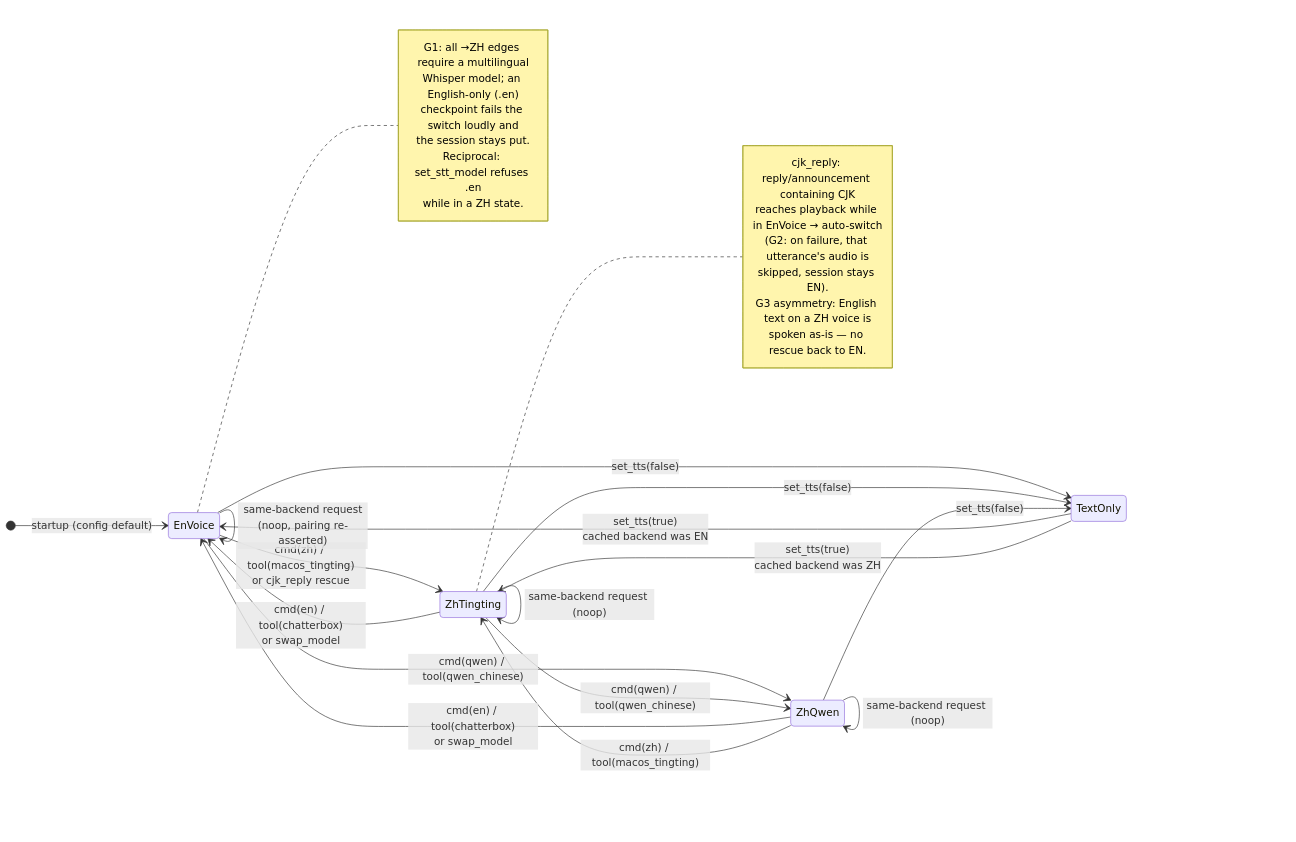
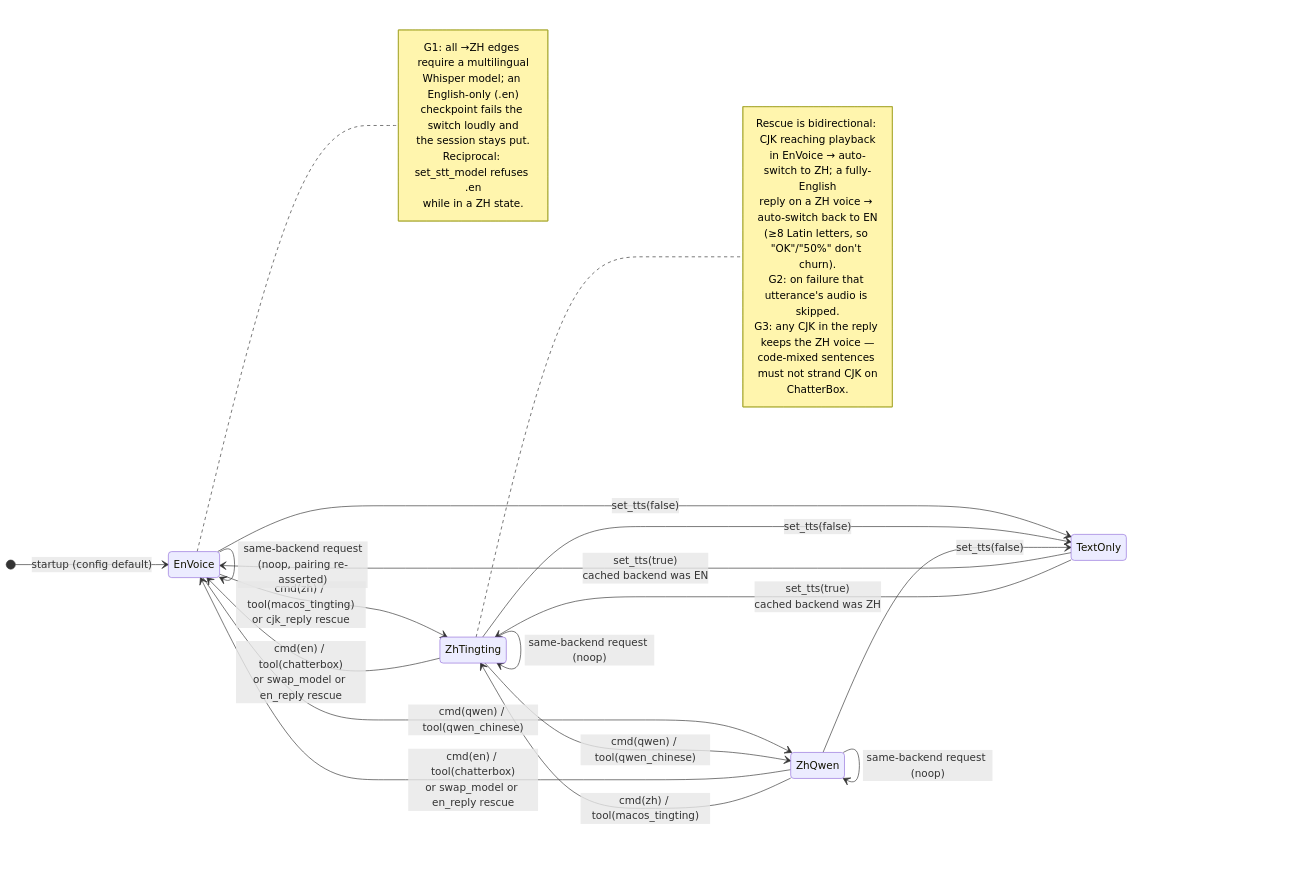
Before and after one commit to anthonywu/localtalk: the diagram in plan/language_switch_state_machine.md, drawn with Mermaid. The commit also changed other lines of this file and 4 other files, not shown here.

First line of the commit message:
fix(tts): rescue English replies spoken by the Chinese voice

````diff
--- a/plan/language_switch_state_machine.md
+++ b/plan/language_switch_state_machine.md
@@ -79,45 +86,47 @@
 ```mermaid
 stateDiagram-v2
     direction LR
     [*] --> EnVoice : startup (config default)
 
     state EnVoice : EN session<br/>voice = ChatterBox (English-only)<br/>whisper = en · reply = English
     state ZhTingting : ZH session (Tingting)<br/>voice = apple_speech<br/>whisper = zh · reply = 中文
     state ZhQwen : ZH session (Qwen)<br/>voice = qwen_chinese<br/>whisper = zh · reply = 中文
     state TextOnly : Text-only<br/>backend = none (voices cached)<br/>pairing retained
 
     EnVoice --> ZhTingting : cmd(zh) / tool(macos_tingting)<br/>or cjk_reply rescue
     EnVoice --> ZhQwen : cmd(qwen) / tool(qwen_chinese)
-    ZhTingting --> EnVoice : cmd(en) / tool(chatterbox)<br/>or swap_model
-    ZhQwen --> EnVoice : cmd(en) / tool(chatterbox)<br/>or swap_model
+    ZhTingting --> EnVoice : cmd(en) / tool(chatterbox)<br/>or swap_model or en_reply rescue
+    ZhQwen --> EnVoice : cmd(en) / tool(chatterbox)<br/>or swap_model or en_reply rescue
     ZhTingting --> ZhQwen : cmd(qwen) / tool(qwen_chinese)
     ZhQwen --> ZhTingting : cmd(zh) / tool(macos_tingting)
 
     EnVoice --> EnVoice : same-backend request<br/>(noop, pairing re-asserted)
     ZhTingting --> ZhTingting : same-backend request (noop)
     ZhQwen --> ZhQwen : same-backend request (noop)
 
     EnVoice --> TextOnly : set_tts(false)
     ZhTingting --> TextOnly : set_tts(false)
     ZhQwen --> TextOnly : set_tts(false)
     TextOnly --> EnVoice : set_tts(true)<br/>cached backend was EN
     TextOnly --> ZhTingting : set_tts(true)<br/>cached backend was ZH
 
     note right of EnVoice
         G1: all →ZH edges require a multilingual
         Whisper model; an English-only (.en)
         checkpoint fails the switch loudly and
         the session stays put.
         Reciprocal: set_stt_model refuses .en
         while in a ZH state.
     end note
 
     note right of ZhTingting
-        cjk_reply: reply/announcement containing CJK
-        reaches playback while in EnVoice → auto-switch
-        (G2: on failure, that utterance's audio is
-        skipped, session stays EN).
-        G3 asymmetry: English text on a ZH voice is
-        spoken as-is — no rescue back to EN.
+        Rescue is bidirectional: CJK reaching playback
+        in EnVoice → auto-switch to ZH; a fully-English
+        reply on a ZH voice → auto-switch back to EN
+        (≥8 Latin letters, so "OK"/"50%" don't churn).
+        G2: on failure that utterance's audio is skipped.
+        G3: any CJK in the reply keeps the ZH voice —
+        code-mixed sentences must not strand CJK on
+        ChatterBox.
     end note
 ```
````
